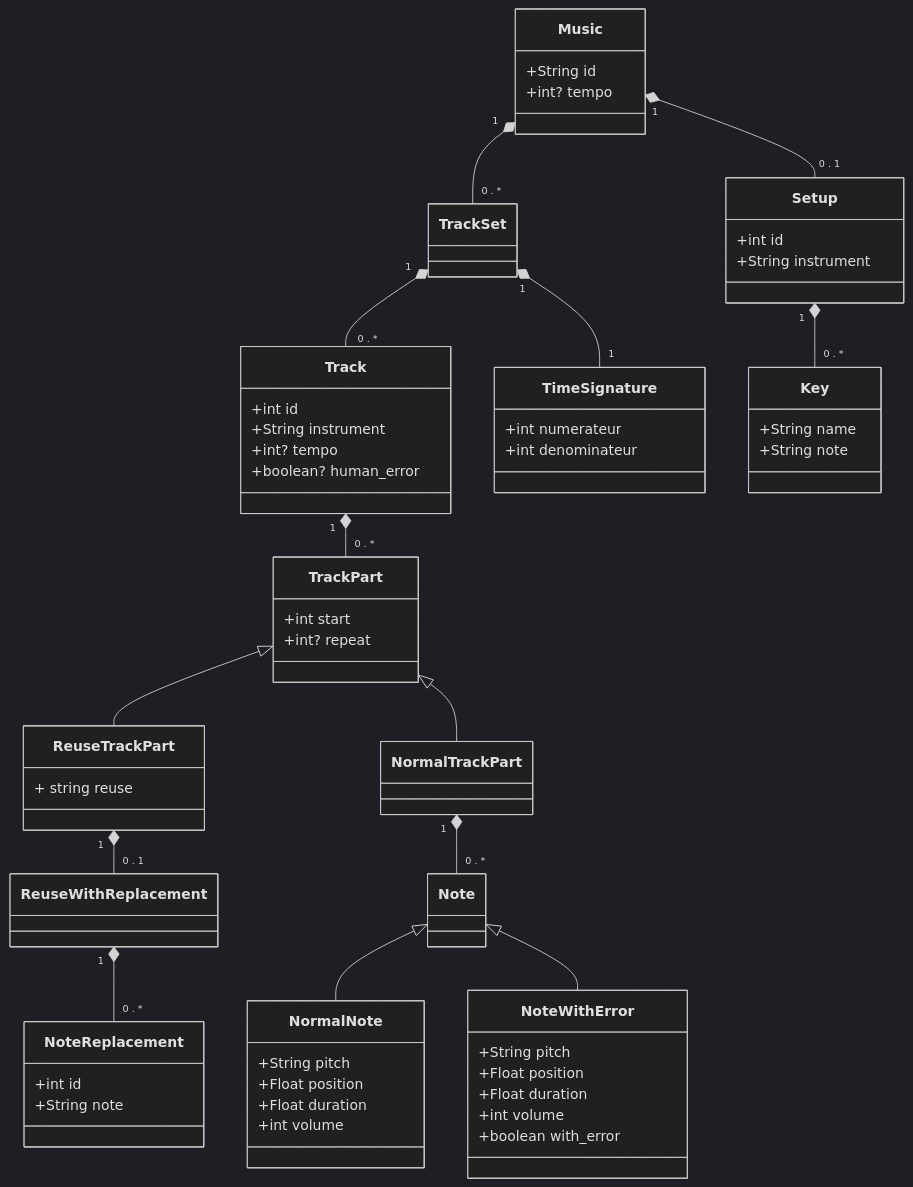
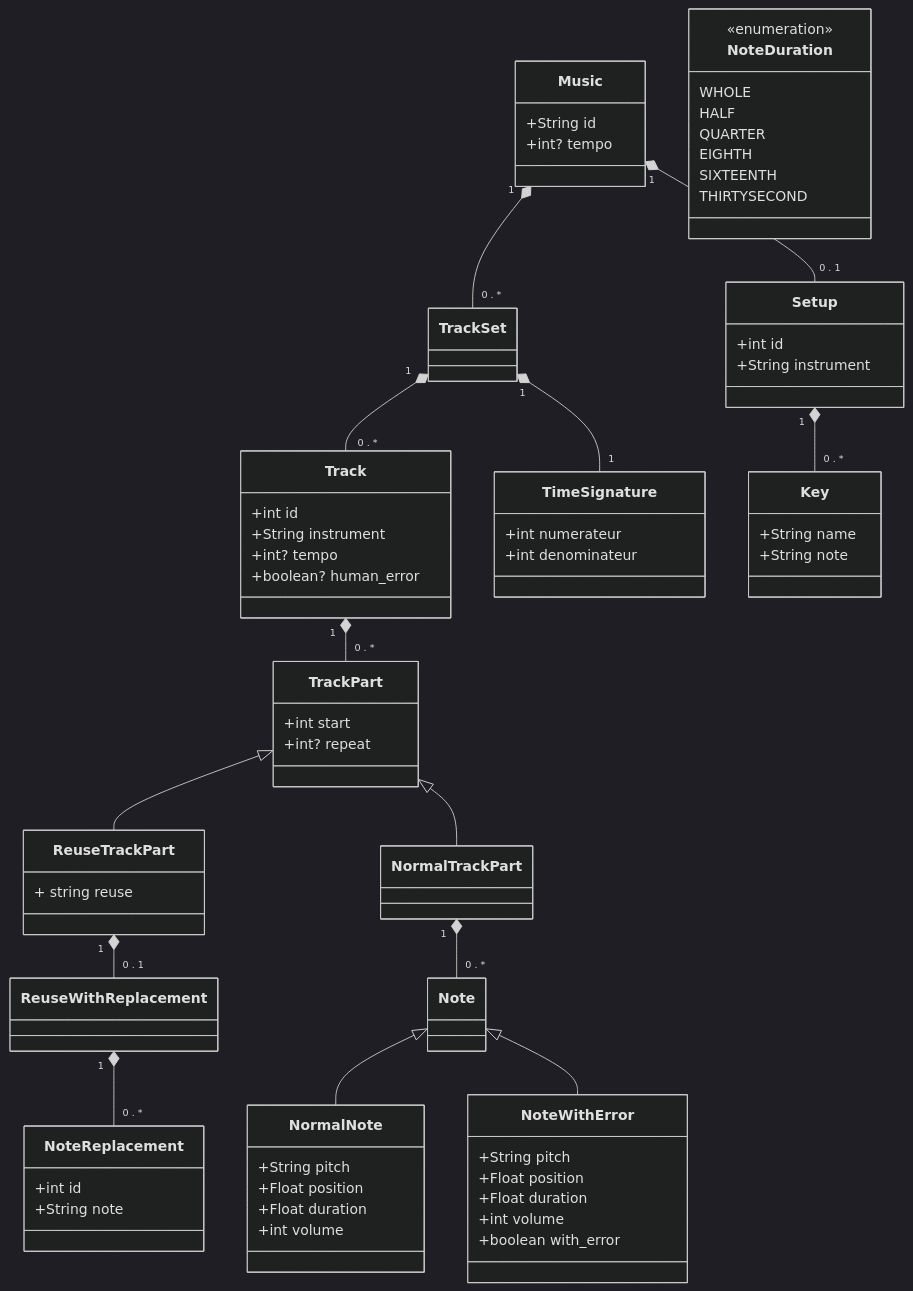
The diagram in README.md (Jules-Prince/musicae), drawn with Mermaid (dark theme) before and after one commit.

```diff
--- a/README.md
+++ b/README.md
@@ -46,6 +46,15 @@
     TrackPart <|-- ReuseTrackPart
     TrackPart <|-- NormalTrackPart
 
+    class NoteDuration{
+        <<enumeration>>
+        WHOLE
+        HALF
+        QUARTER
+        EIGHTH
+        SIXTEENTH
+        THIRTYSECOND
+    }
 
     class Music{
       +String id
```
